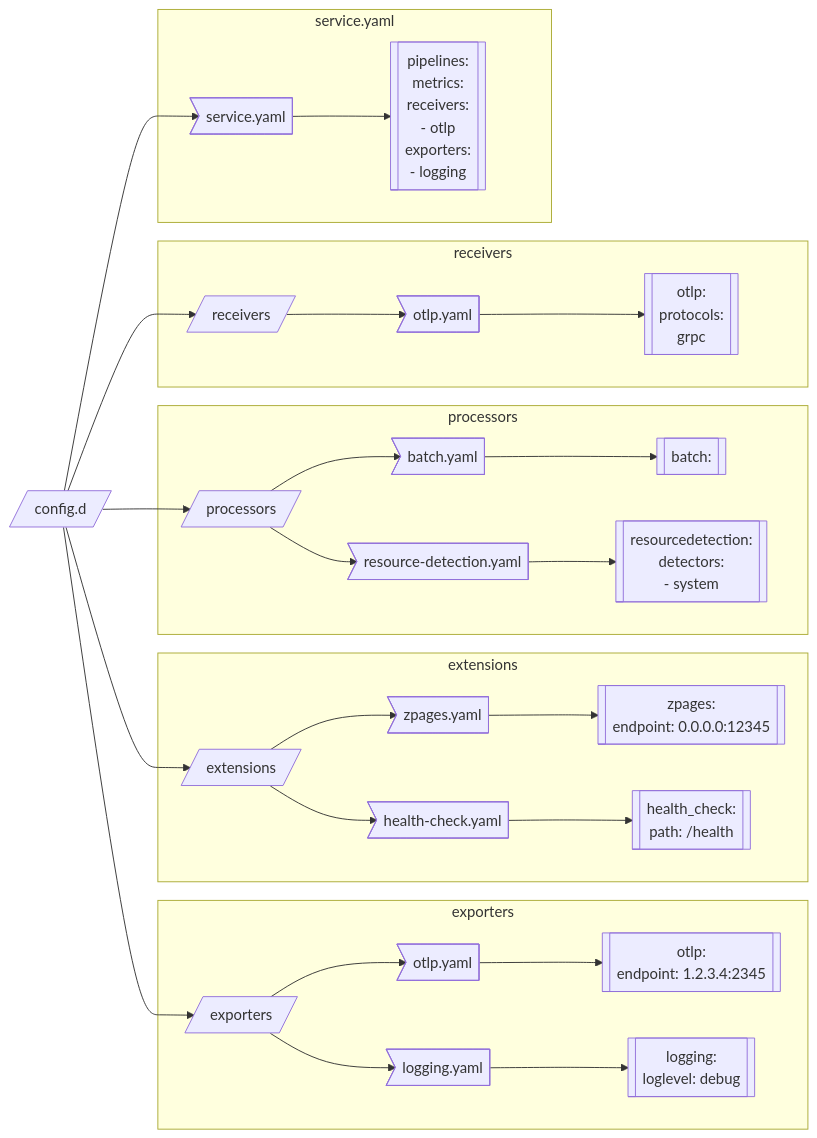
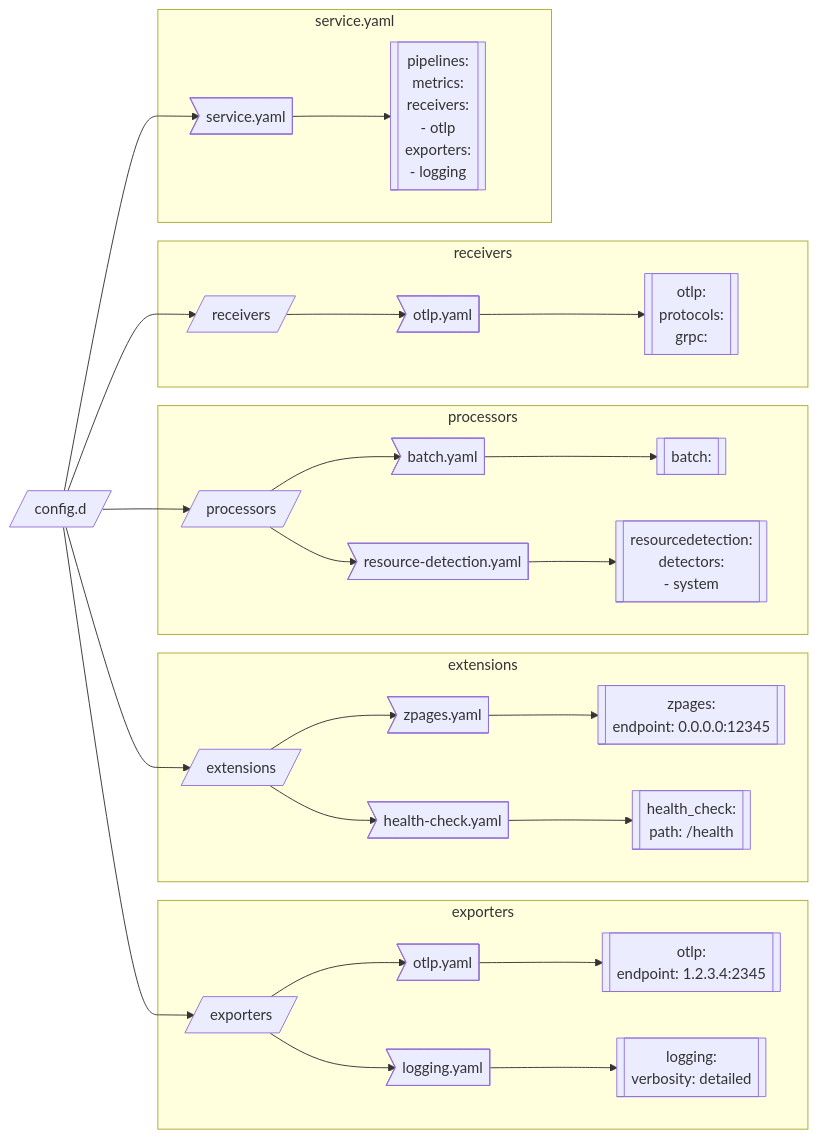
Before and after one commit to signalfx/splunk-otel-collector: the diagram in internal/confmapprovider/discovery/README.md, drawn with Mermaid. The commit also changed other lines of this file and 28 other files, not shown here.

````diff
--- a/internal/confmapprovider/discovery/README.md
+++ b/internal/confmapprovider/discovery/README.md
@@ -8,33 +8,33 @@
 ```mermaid
 graph LR
   config.d[/config.d/] --> 1>service.yaml]
   subgraph 1a[service.yaml]
     1 --> 1a1[[pipelines:<br>metrics:<br>receivers:<br>- otlp<br>exporters:<br>- logging]]
   end
   config.d --> 2[/exporters/]
   subgraph 2a[exporters]
     2 --> 2a1>otlp.yaml]
     2a1 --> 2b1[[otlp:<br>endpoint: 1.2.3.4:2345]]
     2 --> 2a2>logging.yaml]
-    2a2 --> 2b2[[logging:<br>loglevel: debug]]
+    2a2 --> 2b2[[logging:<br>verbosity: detailed]]
   end
   config.d --> 3[/extensions/]
   subgraph 3a[extensions]
     3 --> 3a1>zpages.yaml]
     3a1 --> 3b1[[zpages:<br>endpoint: 0.0.0.0:12345]]
     3 --> 3a2>health-check.yaml]
     3a2 --> 3b2[[health_check:<br>path: /health]]
   end
   config.d --> 4[/processors/]
   subgraph 4a[processors]
     4 --> 4a1>batch.yaml]
     4a1 --> 4b1[[batch:<br>]]
     4 --> 4a2>resource-detection.yaml]
     4a2 --> 4b2[[resourcedetection:<br>detectors:<br>- system]]
   end
   config.d --> 5[/receivers/]
   subgraph 5a[receivers]
     5 --> 5a1>otlp.yaml]
-    5a1 --> 5b1[[otlp:<br>protocols:<br>grpc]]
+    5a1 --> 5b1[[otlp:<br>protocols:<br>grpc:]]
   end
 ```
````
